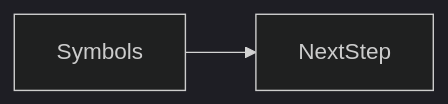
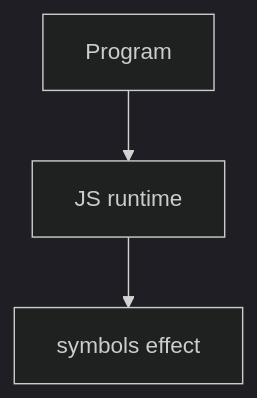
Before and after one commit to OmidJavaherii/Frontend-Engineering-Handbook: the second of 2 diagrams in docs/en/06-javascript/symbols/index.md, drawn with Mermaid (dark theme). The commit also changed other lines of this file and 461 other files, not shown here.

````diff
--- a/docs/en/06-javascript/symbols/index.md
+++ b/docs/en/06-javascript/symbols/index.md
@@ -94,4 +107,5 @@
 ```mermaid
-flowchart LR
-  concept[Symbols] --> nextStep[NextStep]
+flowchart TD
+  Code[Program] --> Runtime[JS runtime]
+  Runtime --> Effect[symbols effect]
 ```
````
